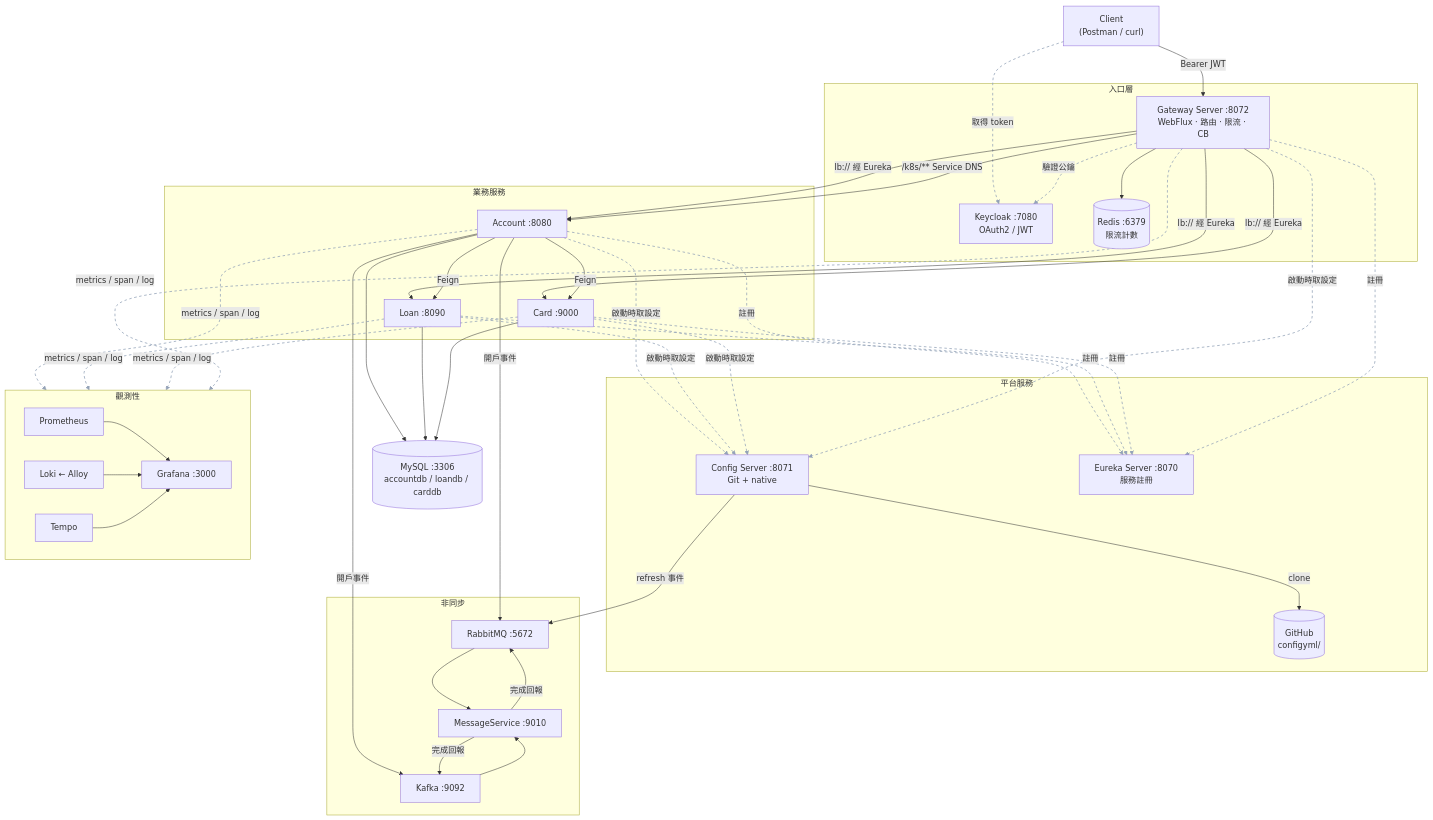
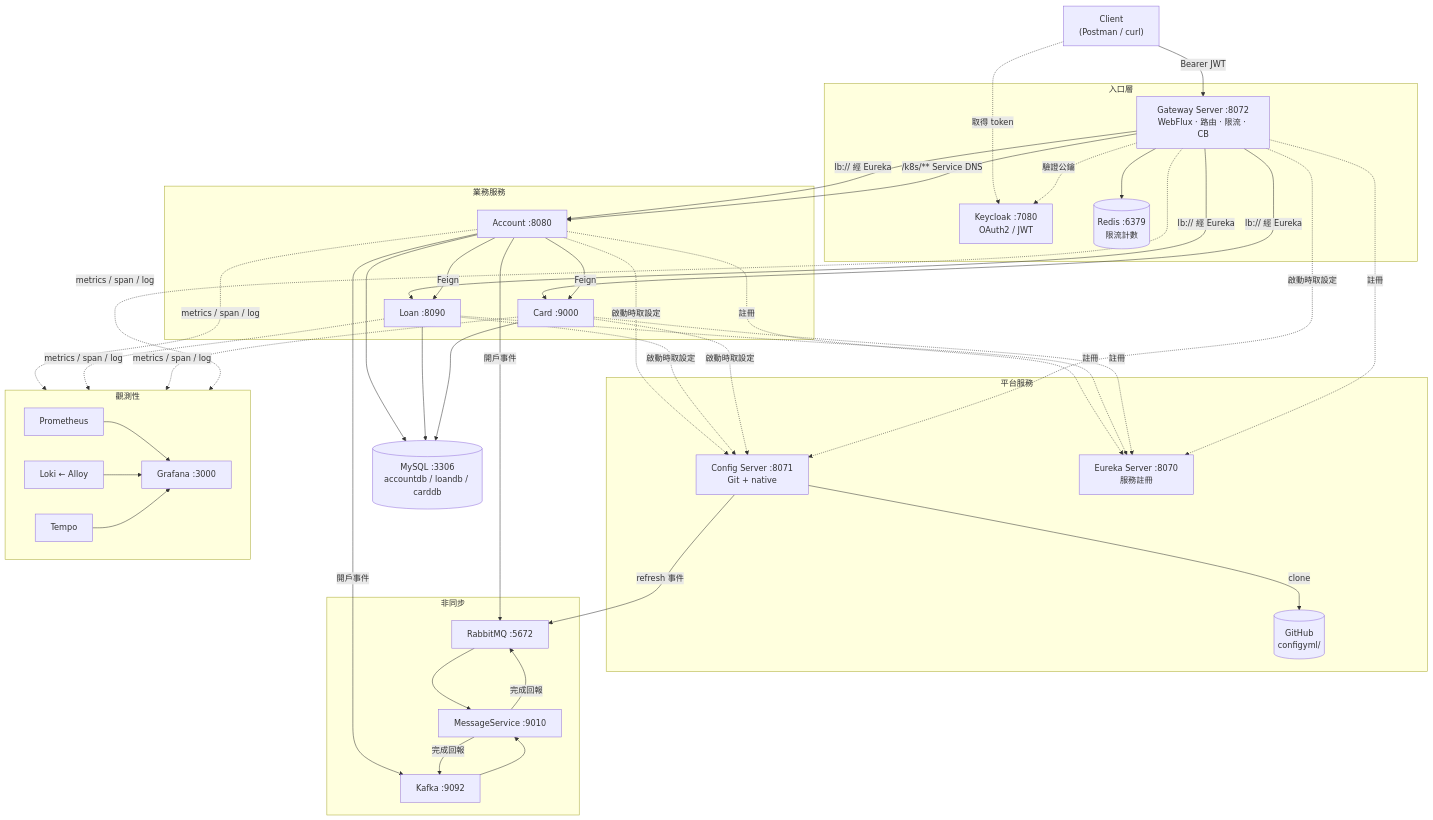
Before and after one commit to tonysk0210/springboot-microservices: the first of 4 diagrams in README.md, drawn with Mermaid.

````diff
--- a/README.md
+++ b/README.md
@@ -97,67 +97,64 @@
 ```mermaid
 flowchart TB
     Client["Client<br/>(Postman / curl)"]
 
     subgraph Edge["入口層"]
         KC["Keycloak :7080<br/>OAuth2 / JWT"]
         GW["Gateway Server :8072<br/>WebFlux · 路由 · 限流 · CB"]
         Redis[("Redis :6379<br/>限流計數")]
     end
 
     subgraph Platform["平台服務"]
         CS["Config Server :8071<br/>Git + native"]
         EU["Eureka Server :8070<br/>服務註冊"]
         Git[("GitHub<br/>configyml/")]
     end
 
     subgraph Biz["業務服務"]
         ACC["Account :8080"]
         LOAN["Loan :8090"]
         CARD["Card :9000"]
     end
 
     subgraph Msg["非同步"]
         RMQ["RabbitMQ :5672"]
         KFK["Kafka :9092"]
         MS["MessageService :9010"]
     end
 
     DB[("MySQL :3306<br/>accountdb / loandb / carddb")]
 
     subgraph Obs["觀測性"]
         PROM["Prometheus"]
         LOKI["Loki ← Alloy"]
         TEMPO["Tempo"]
         GRAF["Grafana :3000"]
     end
 
     Client -->|Bearer JWT| GW
     Client -.取得 token.-> KC
     GW -.驗證公鑰.-> KC
     GW --> Redis
     GW -->|lb:// 經 Eureka| ACC & LOAN & CARD
     GW -->|/k8s/** Service DNS| ACC
 
     ACC -->|Feign| LOAN
     ACC -->|Feign| CARD
     ACC & LOAN & CARD --> DB
 
     CS -->|clone| Git
     ACC & LOAN & CARD & GW -.啟動時取設定.-> CS
     CS -->|refresh 事件| RMQ
     ACC & LOAN & CARD & GW -.註冊.-> EU
 
     ACC -->|開戶事件| RMQ --> MS
     ACC -->|開戶事件| KFK --> MS
     MS -->|完成回報| RMQ & KFK
 
     ACC & LOAN & CARD & GW -."metrics / span / log".-> Obs
     PROM & LOKI & TEMPO --> GRAF
 
-    %% 灰色虛線 = 控制面流量（取 token、驗證公鑰、啟動取設定、註冊、觀測性上報）
-    %% 只靠線型會被交錯的實線蓋住，所以額外上色區分
-    %% 注意：linkStyle 用的是「邊的宣告順序索引」，上面新增或刪除任何一條邊都要重算
-    linkStyle 1,2 stroke:#94a3b8,stroke-width:1.5px,stroke-dasharray:5 5
-    linkStyle 14,15,16,17,19,20,21,22 stroke:#94a3b8,stroke-width:1.5px,stroke-dasharray:5 5
-    linkStyle 29,30,31,32 stroke:#94a3b8,stroke-width:1.5px,stroke-dasharray:5 5
+    %% 線型一律由語法決定：--> 實線＝業務請求路徑，-.-> 虛線＝控制面
+    %% 刻意不使用 linkStyle：它按「邊的宣告順序索引」上色，不同 mermaid 版本算出的
+    %% 索引不一致，會變成只有部分虛線被套到樣式，反而更難辨識
 ```
````
